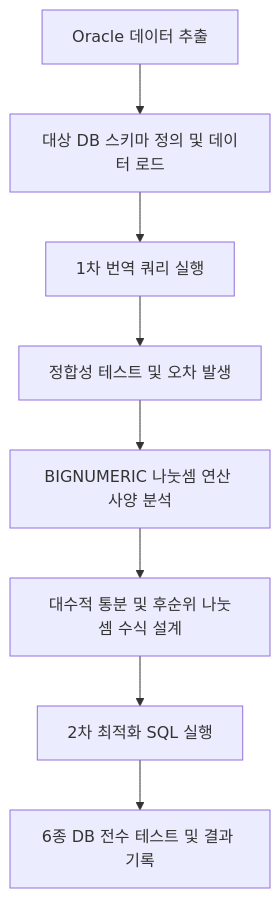
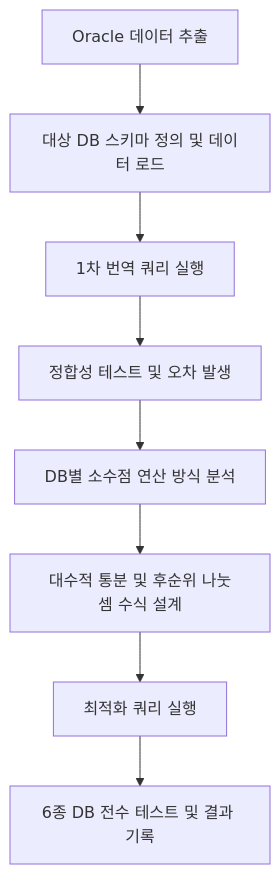
The first of 2 diagrams in _posts/2026-06-02-financial-settlement-db-precision-guide.md (hajekim/hajekim.github.io), drawn with Mermaid before and after one commit.

Commit message:
fix: generalize Mermaid nodes E and G for multi-DB framing
- Node E: 'BIGNUMERIC 나눗셈 연산 사양 분석' → 'DB별 소수점 연산 방식 분석'
  (removed BigQuery-specific terminology from flow diagram)
- Node G: '2차 최적화 SQL 실행' → '최적화 쿼리 실행'
  (align with '최적화 쿼리' terminology used throughout post)

TEST=full post review: no remaining 80-digit claims, no original case terms,
no AS-IS/TO-BE/지연나눗셈, consistent 번역쿼리/최적화쿼리 terminology

````diff
--- a/_posts/2026-06-02-financial-settlement-db-precision-guide.md
+++ b/_posts/2026-06-02-financial-settlement-db-precision-guide.md
@@ -38,10 +38,10 @@
 ```mermaid
 graph TD
     A[Oracle 데이터 추출] --> B[대상 DB 스키마 정의 및 데이터 로드]
     B --> C[1차 번역 쿼리 실행]
     C --> D[정합성 테스트 및 오차 발생]
-    D --> E[BIGNUMERIC 나눗셈 연산 사양 분석]
+    D --> E[DB별 소수점 연산 방식 분석]
     E --> F[대수적 통분 및 후순위 나눗셈 수식 설계]
-    F --> G[2차 최적화 SQL 실행]
+    F --> G[최적화 쿼리 실행]
     G --> H[6종 DB 전수 테스트 및 결과 기록]
 ```
````
